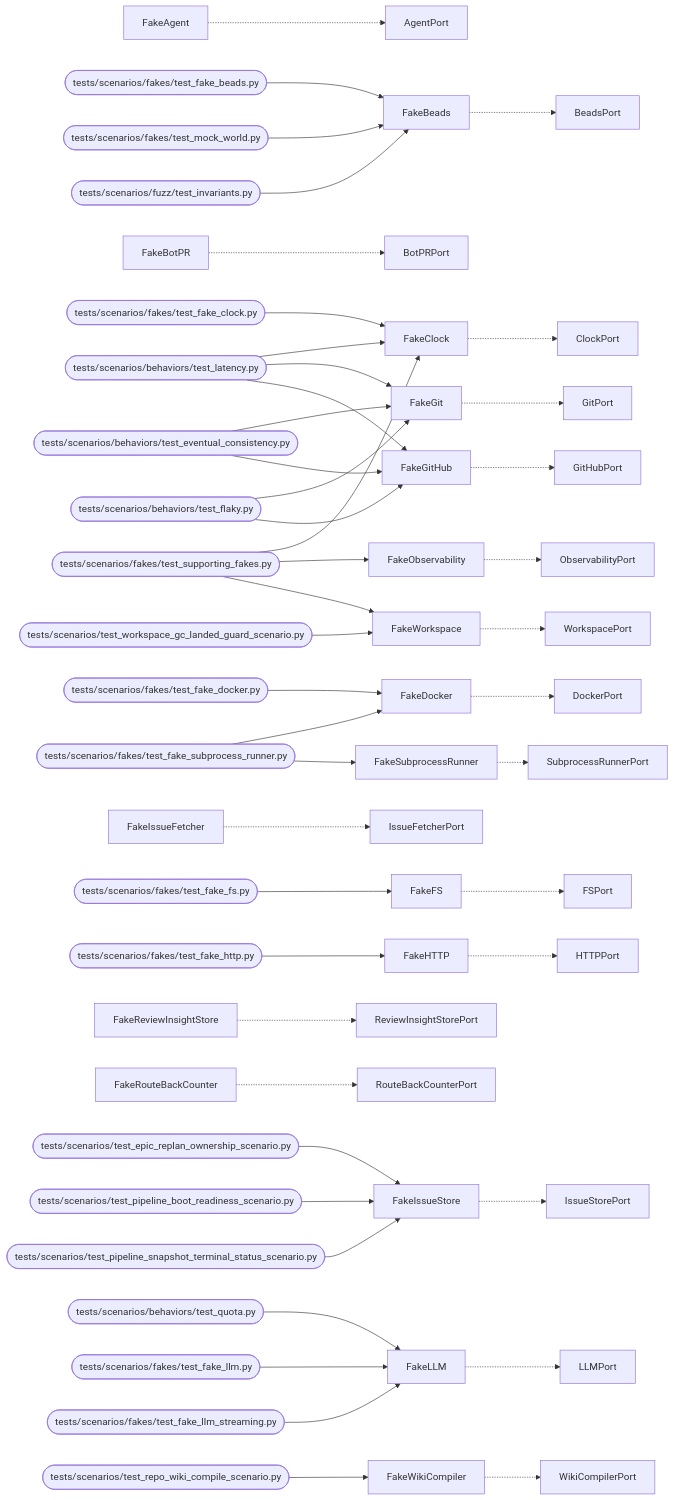
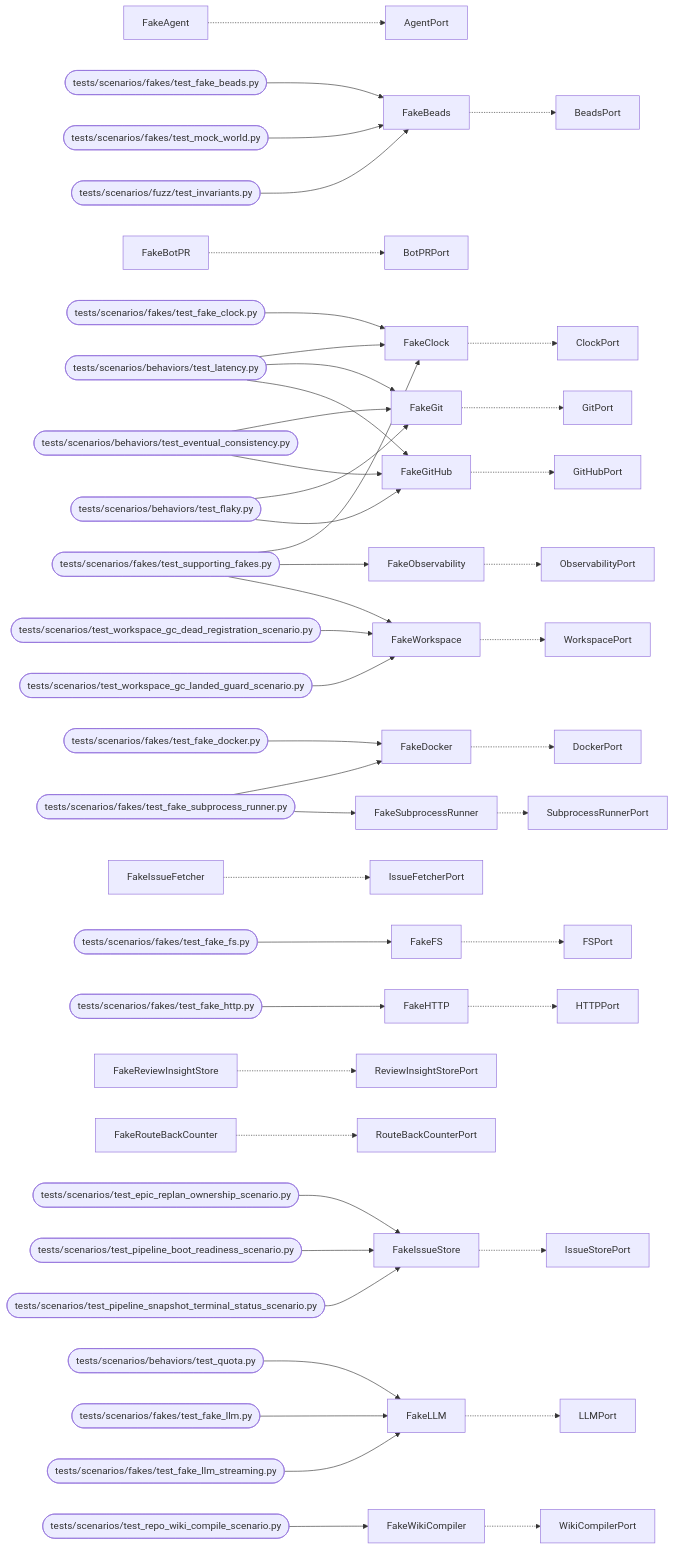
One commit to T-rav/hydraflow changed the diagram in docs/arch/generated/mockworld.md. Above: the diagram before and after it, drawn with Mermaid. The commit also changed other lines of this file and 24 other files, not shown here.

````diff
--- a/docs/arch/generated/mockworld.md
+++ b/docs/arch/generated/mockworld.md
@@ -32,48 +32,49 @@
 ```mermaid
 graph LR
     FakeAgent -.-> AgentPort
     FakeBeads -.-> BeadsPort
     tests_scenarios_fakes_test_fake_beads_py([tests/scenarios/fakes/test_fake_beads.py]) --> FakeBeads
     tests_scenarios_fakes_test_mock_world_py([tests/scenarios/fakes/test_mock_world.py]) --> FakeBeads
     tests_scenarios_fuzz_test_invariants_py([tests/scenarios/fuzz/test_invariants.py]) --> FakeBeads
     FakeBotPR -.-> BotPRPort
     FakeClock -.-> ClockPort
     tests_scenarios_behaviors_test_latency_py([tests/scenarios/behaviors/test_latency.py]) --> FakeClock
     tests_scenarios_fakes_test_fake_clock_py([tests/scenarios/fakes/test_fake_clock.py]) --> FakeClock
     tests_scenarios_fakes_test_supporting_fakes_py([tests/scenarios/fakes/test_supporting_fakes.py]) --> FakeClock
     FakeDocker -.-> DockerPort
     tests_scenarios_fakes_test_fake_docker_py([tests/scenarios/fakes/test_fake_docker.py]) --> FakeDocker
     tests_scenarios_fakes_test_fake_subprocess_runner_py([tests/scenarios/fakes/test_fake_subprocess_runner.py]) --> FakeDocker
     FakeFS -.-> FSPort
     tests_scenarios_fakes_test_fake_fs_py([tests/scenarios/fakes/test_fake_fs.py]) --> FakeFS
     FakeGit -.-> GitPort
     tests_scenarios_behaviors_test_eventual_consistency_py([tests/scenarios/behaviors/test_eventual_consistency.py]) --> FakeGit
     tests_scenarios_behaviors_test_flaky_py([tests/scenarios/behaviors/test_flaky.py]) --> FakeGit
     tests_scenarios_behaviors_test_latency_py([tests/scenarios/behaviors/test_latency.py]) --> FakeGit
     FakeGitHub -.-> GitHubPort
     tests_scenarios_behaviors_test_eventual_consistency_py([tests/scenarios/behaviors/test_eventual_consistency.py]) --> FakeGitHub
     tests_scenarios_behaviors_test_flaky_py([tests/scenarios/behaviors/test_flaky.py]) --> FakeGitHub
     tests_scenarios_behaviors_test_latency_py([tests/scenarios/behaviors/test_latency.py]) --> FakeGitHub
     FakeHTTP -.-> HTTPPort
     tests_scenarios_fakes_test_fake_http_py([tests/scenarios/fakes/test_fake_http.py]) --> FakeHTTP
     FakeIssueFetcher -.-> IssueFetcherPort
     FakeIssueStore -.-> IssueStorePort
     tests_scenarios_test_epic_replan_ownership_scenario_py([tests/scenarios/test_epic_replan_ownership_scenario.py]) --> FakeIssueStore
     tests_scenarios_test_pipeline_boot_readiness_scenario_py([tests/scenarios/test_pipeline_boot_readiness_scenario.py]) --> FakeIssueStore
     tests_scenarios_test_pipeline_snapshot_terminal_status_scenario_py([tests/scenarios/test_pipeline_snapshot_terminal_status_scenario.py]) --> FakeIssueStore
     FakeLLM -.-> LLMPort
     tests_scenarios_behaviors_test_quota_py([tests/scenarios/behaviors/test_quota.py]) --> FakeLLM
     tests_scenarios_fakes_test_fake_llm_py([tests/scenarios/fakes/test_fake_llm.py]) --> FakeLLM
     tests_scenarios_fakes_test_fake_llm_streaming_py([tests/scenarios/fakes/test_fake_llm_streaming.py]) --> FakeLLM
     FakeObservability -.-> ObservabilityPort
     tests_scenarios_fakes_test_supporting_fakes_py([tests/scenarios/fakes/test_supporting_fakes.py]) --> FakeObservability
     FakeReviewInsightStore -.-> ReviewInsightStorePort
     FakeRouteBackCounter -.-> RouteBackCounterPort
     FakeSubprocessRunner -.-> SubprocessRunnerPort
     tests_scenarios_fakes_test_fake_subprocess_runner_py([tests/scenarios/fakes/test_fake_subprocess_runner.py]) --> FakeSubprocessRunner
     FakeWikiCompiler -.-> WikiCompilerPort
     tests_scenarios_test_repo_wiki_compile_scenario_py([tests/scenarios/test_repo_wiki_compile_scenario.py]) --> FakeWikiCompiler
     FakeWorkspace -.-> WorkspacePort
     tests_scenarios_fakes_test_supporting_fakes_py([tests/scenarios/fakes/test_supporting_fakes.py]) --> FakeWorkspace
+    tests_scenarios_test_workspace_gc_dead_registration_scenario_py([tests/scenarios/test_workspace_gc_dead_registration_scenario.py]) --> FakeWorkspace
     tests_scenarios_test_workspace_gc_landed_guard_scenario_py([tests/scenarios/test_workspace_gc_landed_guard_scenario.py]) --> FakeWorkspace
 ```
````
